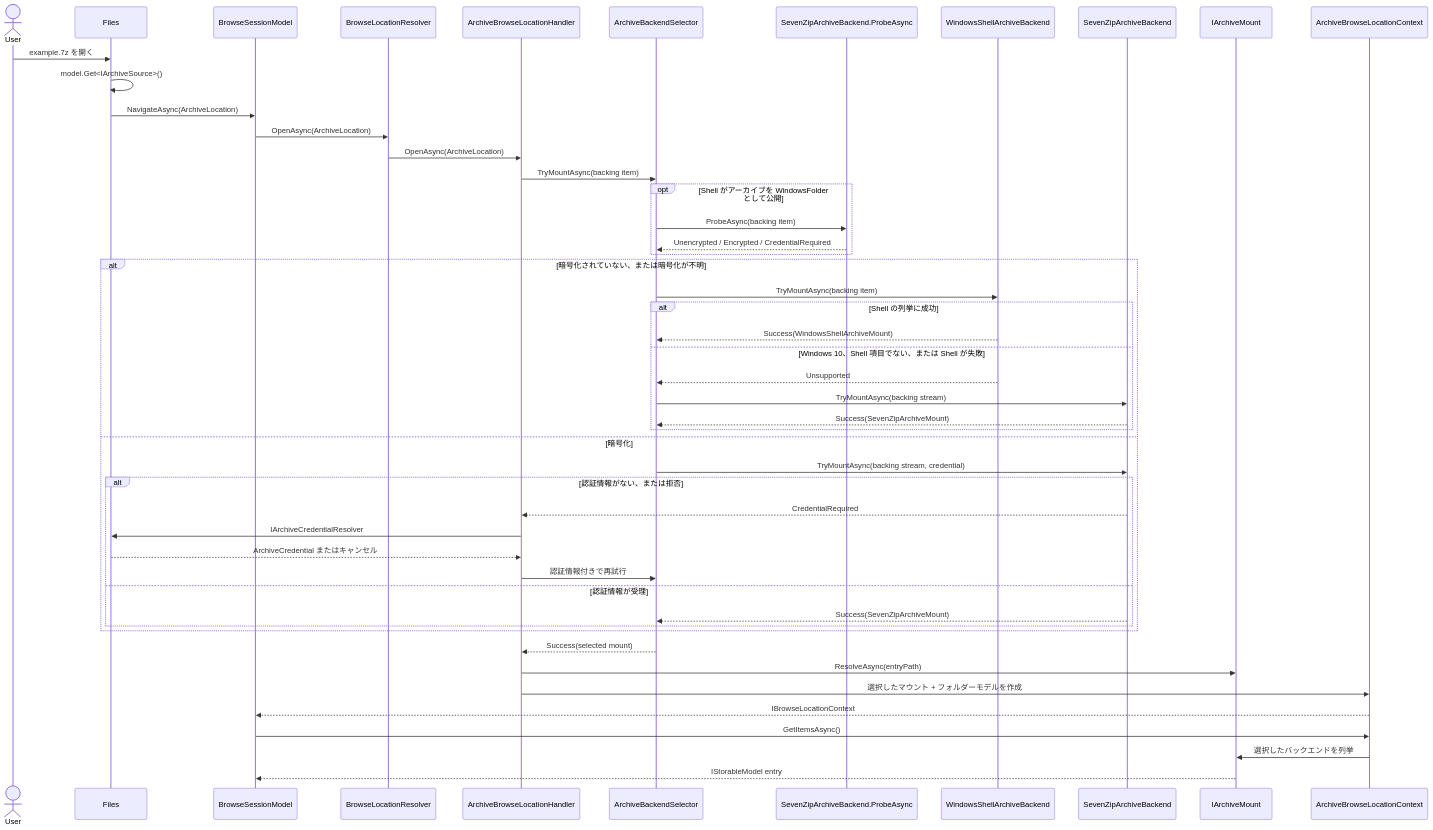
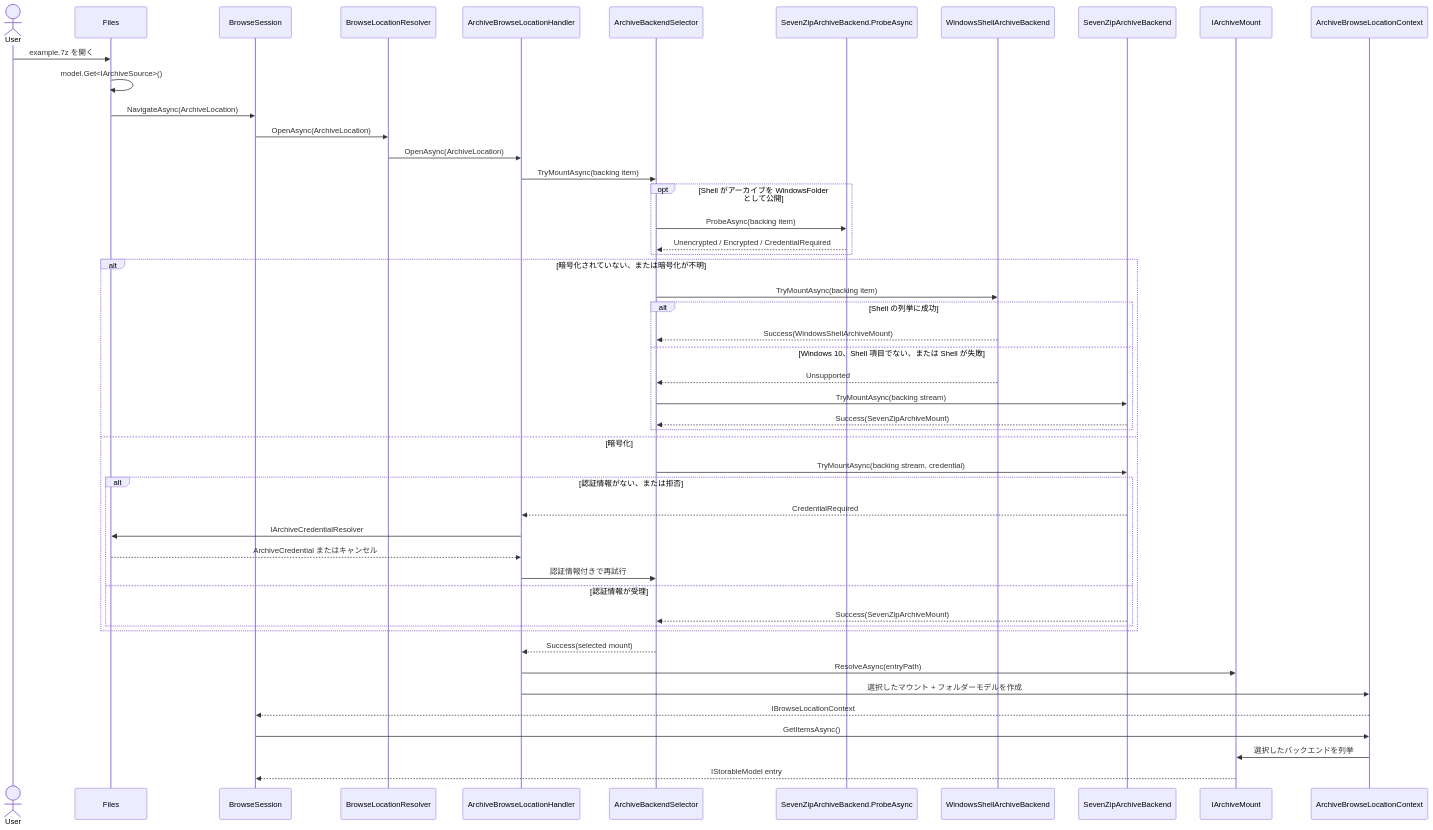
The first of 3 diagrams in docs/archives.md (0x5bfa/ReFiles), drawn with Mermaid before and after one commit. The commit also changed other lines of this file and 93 other files, not shown here.

Commit message:
Rearchitect application state management

````diff
--- a/docs/archives.md
+++ b/docs/archives.md
@@ -23,55 +23,55 @@
 ```mermaid
 sequenceDiagram
     actor User
     participant App as Files
-    participant Session as BrowseSessionModel
+    participant Session as BrowseSession
     participant Resolver as BrowseLocationResolver
     participant Handler as ArchiveBrowseLocationHandler
     participant Selector as ArchiveBackendSelector
     participant Probe as SevenZipArchiveBackend.ProbeAsync
     participant Shell as WindowsShellArchiveBackend
     participant SevenZip as SevenZipArchiveBackend
     participant Mount as IArchiveMount
     participant Context as ArchiveBrowseLocationContext
 
     User->>App: example.7z を開く
     App->>App: model.Get<IArchiveSource>()
     App->>Session: NavigateAsync(ArchiveLocation)
     Session->>Resolver: OpenAsync(ArchiveLocation)
     Resolver->>Handler: OpenAsync(ArchiveLocation)
     Handler->>Selector: TryMountAsync(backing item)
 
     opt Shell がアーカイブを WindowsFolder として公開
         Selector->>Probe: ProbeAsync(backing item)
         Probe-->>Selector: Unencrypted / Encrypted / CredentialRequired
     end
 
     alt 暗号化されていない、または暗号化が不明
         Selector->>Shell: TryMountAsync(backing item)
         alt Shell の列挙に成功
             Shell-->>Selector: Success(WindowsShellArchiveMount)
         else Windows 10、Shell 項目でない、または Shell が失敗
             Shell-->>Selector: Unsupported
             Selector->>SevenZip: TryMountAsync(backing stream)
             SevenZip-->>Selector: Success(SevenZipArchiveMount)
         end
     else 暗号化
         Selector->>SevenZip: TryMountAsync(backing stream, credential)
         alt 認証情報がない、または拒否
             SevenZip-->>Handler: CredentialRequired
             Handler->>App: IArchiveCredentialResolver
             App-->>Handler: ArchiveCredential またはキャンセル
             Handler->>Selector: 認証情報付きで再試行
         else 認証情報が受理
             SevenZip-->>Selector: Success(SevenZipArchiveMount)
         end
     end
 
     Selector-->>Handler: Success(selected mount)
     Handler->>Mount: ResolveAsync(entryPath)
     Handler->>Context: 選択したマウント + フォルダーモデルを作成
     Context-->>Session: IBrowseLocationContext
     Session->>Context: GetItemsAsync()
     Context->>Mount: 選択したバックエンドを列挙
     Mount-->>Session: IStorableModel entry
 ```
````
